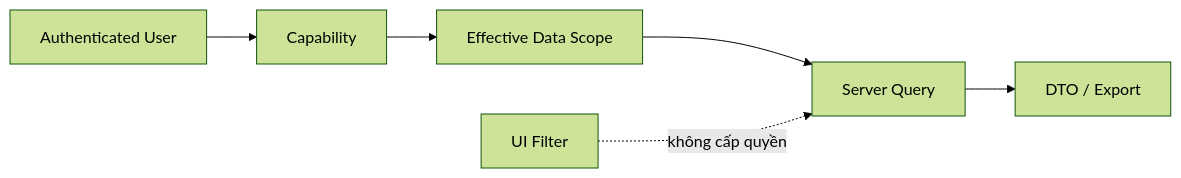
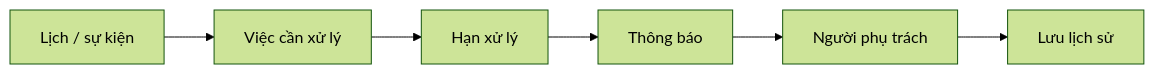
The tenth of 15 diagrams in MÔ HÌNH/DOCUMENTATION/07_PRESENTATION.md (Nang0559/Reggister), drawn with Mermaid (forest theme) before and after one commit. The commit also changed other lines of this file and 256 other files, not shown here.

````diff
--- a/MÔ HÌNH/DOCUMENTATION/07_PRESENTATION.md
+++ b/MÔ HÌNH/DOCUMENTATION/07_PRESENTATION.md
@@ -389,8 +347,8 @@
 ```mermaid
 flowchart LR
-    USER[Authenticated User] --> CAP[Capability]
-    CAP --> SCOPE[Effective Data Scope]
-    SCOPE --> QUERY[Server Query]
-    QUERY --> RESULT[DTO / Export]
-    CLIENT[UI Filter] -. không cấp quyền .-> QUERY
+    A[Lịch / sự kiện] --> B[Việc cần xử lý]
+    B --> C[Hạn xử lý]
+    C --> D[Thông báo]
+    D --> E[Người phụ trách]
+    E --> F[Lưu lịch sử]
 ```
````
